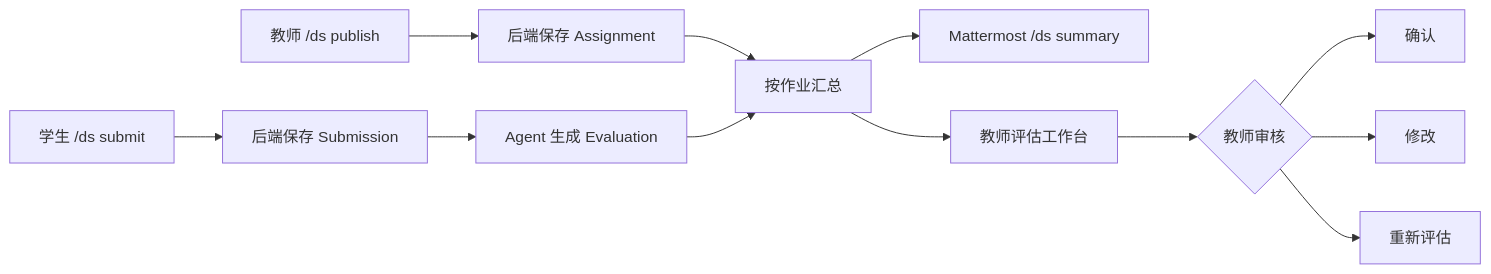
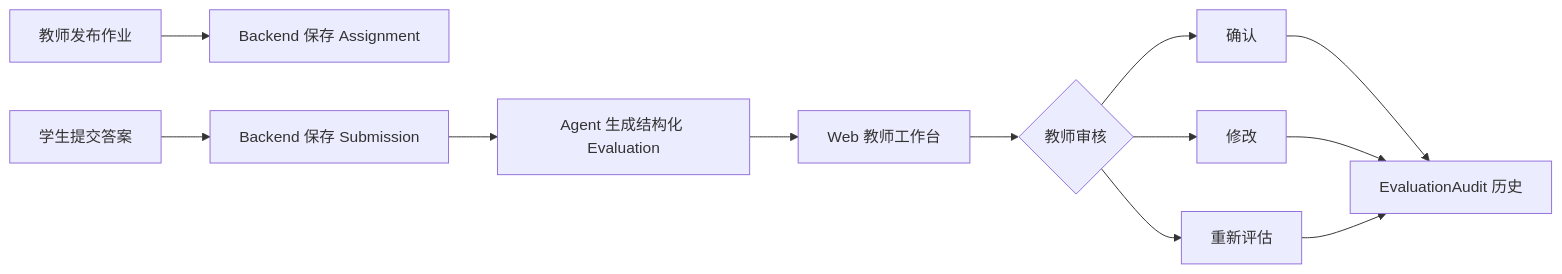
Before and after one commit to NaCr05/mattermost-ai-assignment-grader: the first of 2 diagrams in README.md, drawn with Mermaid. The commit also changed other lines of this file and 60 other files, not shown here.

````diff
--- a/README.md
+++ b/README.md
@@ -11,14 +68,14 @@
 ```mermaid
 flowchart LR
-    T["教师 /ds publish"] --> A["后端保存 Assignment"]
-    S["学生 /ds submit"] --> B["后端保存 Submission"]
-    B --> G["Agent 生成 Evaluation"]
-    A --> C["按作业汇总"]
-    G --> C
-    C --> M["Mattermost /ds summary"]
-    C --> W["教师评估工作台"]
+    T["教师发布作业"] --> A["Backend 保存 Assignment"]
+    S["学生提交答案"] --> B["Backend 保存 Submission"]
+    B --> G["Agent 生成结构化 Evaluation"]
+    G --> W["Web 教师工作台"]
     W --> R{"教师审核"}
-    R --> R1["确认"]
-    R --> R2["修改"]
-    R --> R3["重新评估"]
+    R --> C["确认"]
+    R --> M["修改"]
+    R --> RG["重新评估"]
+    C --> H["EvaluationAudit 历史"]
+    M --> H
+    RG --> H
 ```
````
